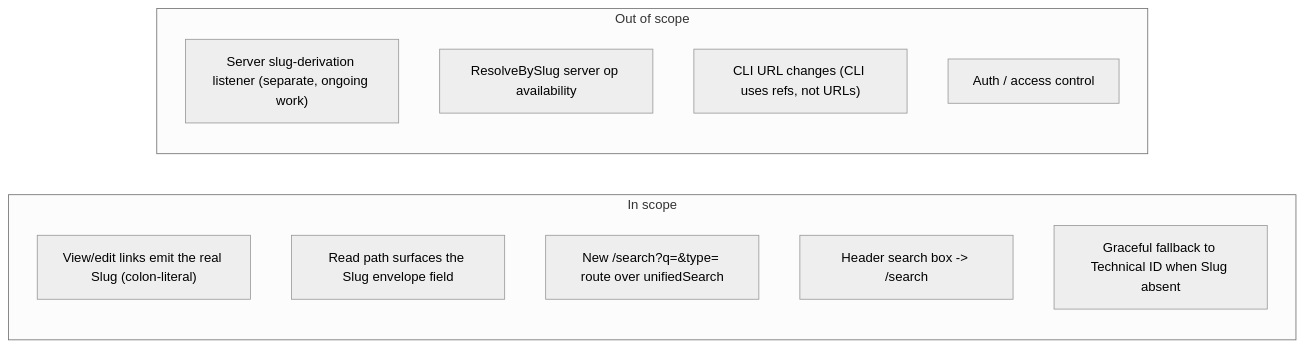
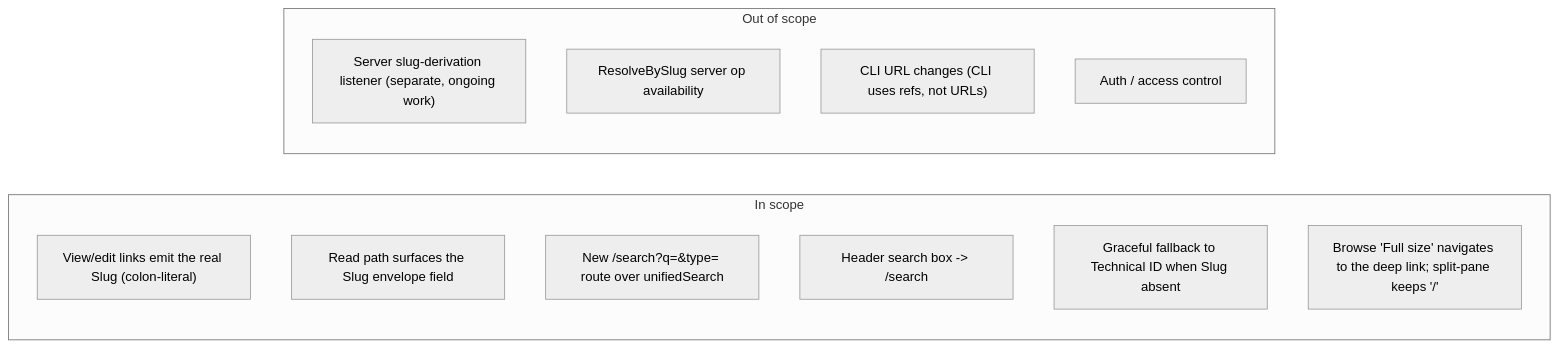
One commit to tillg/wiki12 changed the diagram in specs/changes/slug-based-urls/proposal.md. Above: the diagram before and after it, drawn with Mermaid (neutral theme). The commit also changed other lines of this file and 10 other files, not shown here.

````diff
--- a/specs/changes/slug-based-urls/proposal.md
+++ b/specs/changes/slug-based-urls/proposal.md
@@ -40,16 +40,17 @@
 ```mermaid
 flowchart LR
   subgraph in["In scope"]
     A["View/edit links emit the real Slug (colon-literal)"]
     B["Read path surfaces the Slug envelope field"]
     C["New /search?q=&type= route over unifiedSearch"]
     D["Header search box -> /search"]
     E["Graceful fallback to Technical ID when Slug absent"]
+    J["Browse 'Full size' navigates to the deep link; split-pane keeps '/'"]
   end
   subgraph out["Out of scope"]
     F["Server slug-derivation listener (separate, ongoing work)"]
     G["ResolveBySlug server op availability"]
     H["CLI URL changes (CLI uses refs, not URLs)"]
     I["Auth / access control"]
   end
 ```
````
